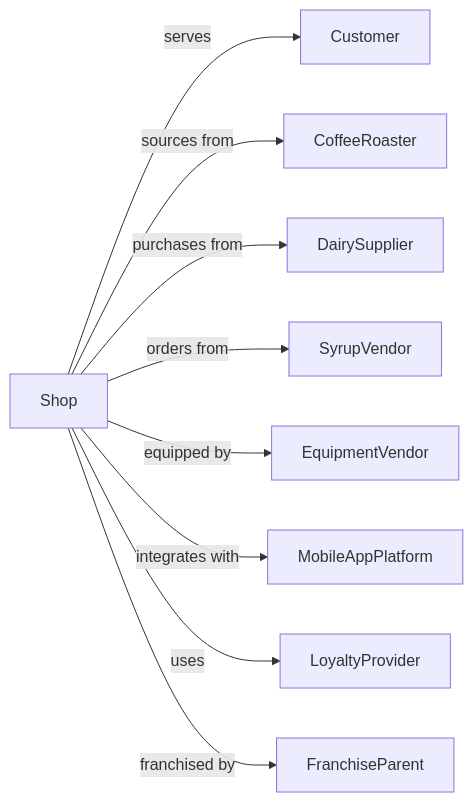
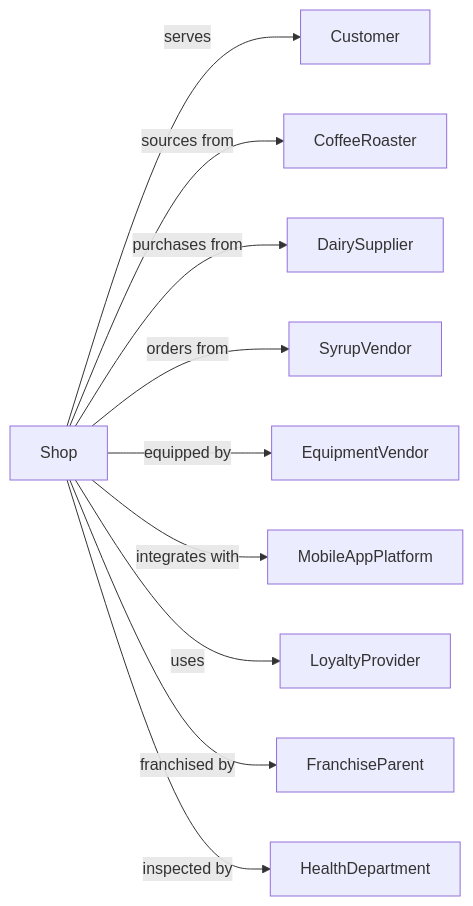
One commit to dot-org-ai/industries.org.ai changed the second of 2 diagrams in Accommodation/FoodServicesAndDrinkingPlaces/RestaurantsAndOtherEatingPlaces/SnackAndNonalcoholicBeverageBars.mdx. Above: the diagram before and after it, drawn with Mermaid. The commit also changed other lines of this file and 588 other files, not shown here.

````diff
--- a/Accommodation/FoodServicesAndDrinkingPlaces/RestaurantsAndOtherEatingPlaces/SnackAndNonalcoholicBeverageBars.mdx
+++ b/Accommodation/FoodServicesAndDrinkingPlaces/RestaurantsAndOtherEatingPlaces/SnackAndNonalcoholicBeverageBars.mdx
@@ -140,13 +140,14 @@
 ```mermaid
 graph LR
     S[Shop]
 
     S -->|serves| Customer
     S -->|sources from| CoffeeRoaster
     S -->|purchases from| DairySupplier
     S -->|orders from| SyrupVendor
     S -->|equipped by| EquipmentVendor
     S -->|integrates with| MobileAppPlatform
     S -->|uses| LoyaltyProvider
     S -->|franchised by| FranchiseParent
+    S -->|inspected by| HealthDepartment
 ```
````
